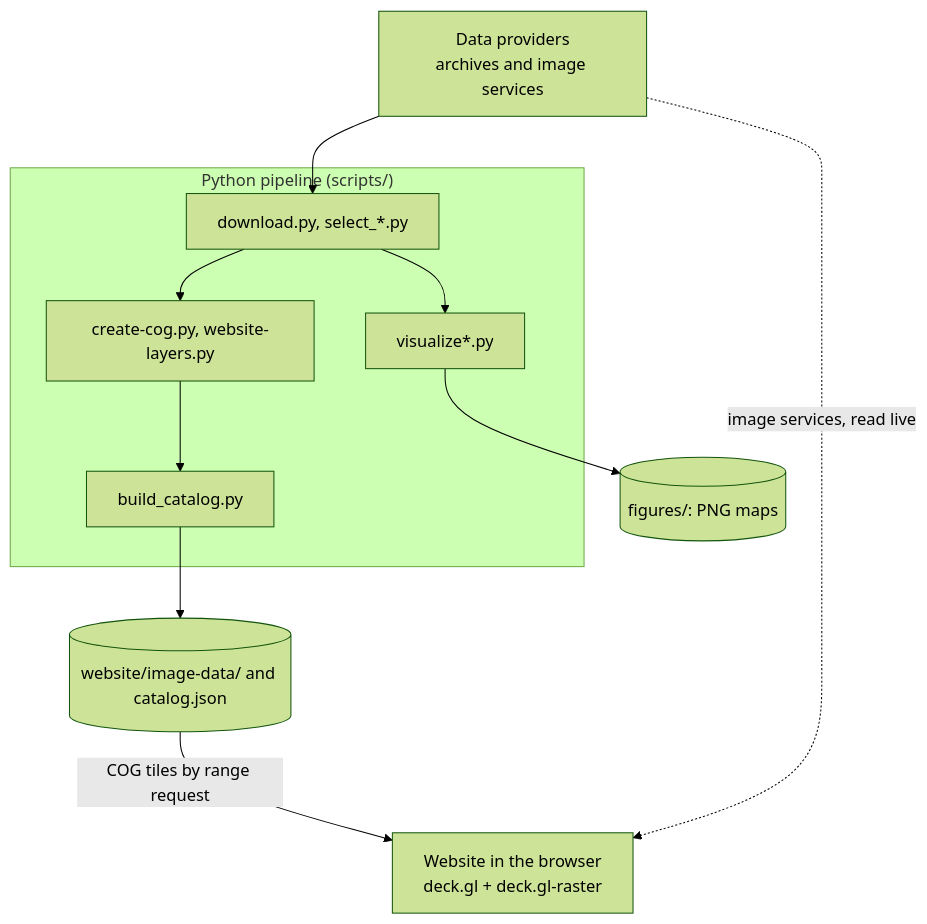
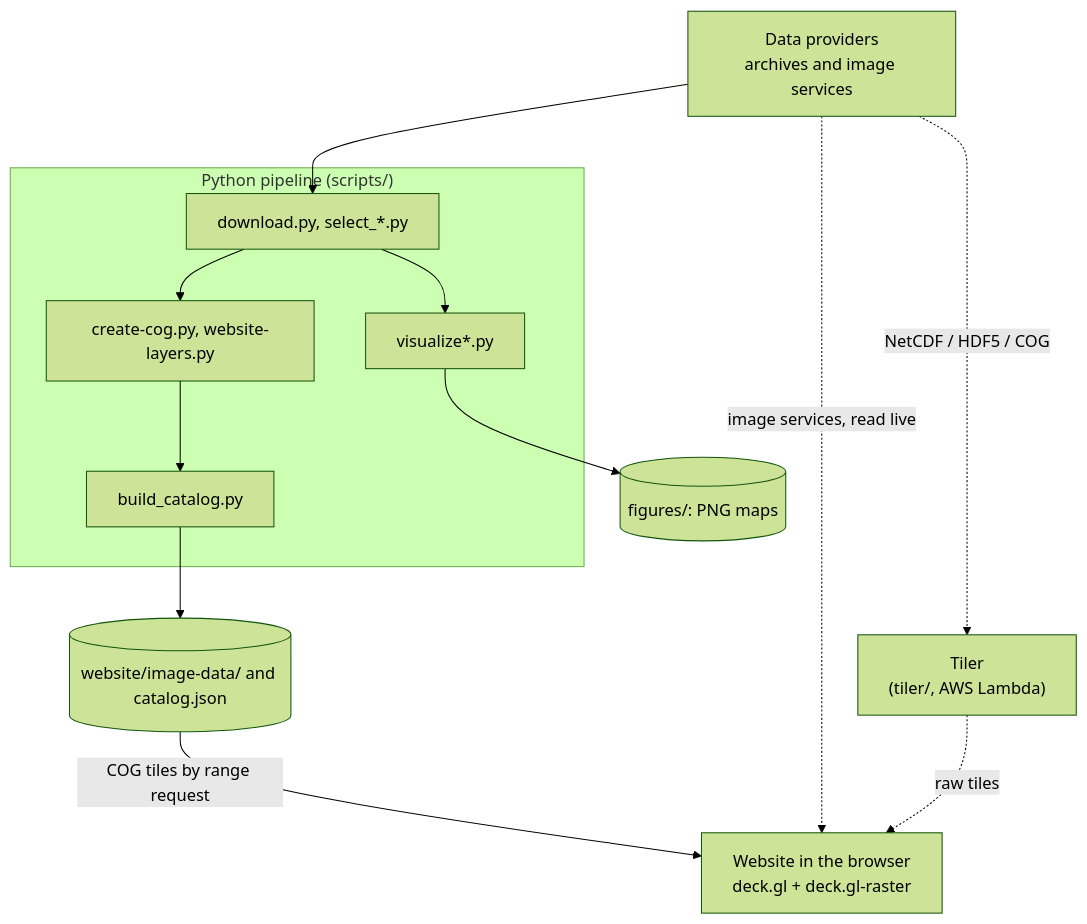
Before and after one commit to YCGS-lab/multi-resolution-new-haven: the diagram in docs/index.md, drawn with Mermaid (forest theme). The commit also changed other lines of this file and 25 other files, not shown here.

First line of the commit message:
Tiler developer docs (docs/tiler/), ported from ycgs-aws-infra#1 and updated

````diff
--- a/docs/index.md
+++ b/docs/index.md
@@ -21,17 +21,19 @@
 ```mermaid
 flowchart TB
   P["Data providers<br/>archives and image services"]
   subgraph py["Python pipeline (scripts/)"]
     D["download.py, select_*.py"] --> V["visualize*.py"]
     D --> C["create-cog.py, website-layers.py"]
     C --> B["build_catalog.py"]
   end
   F[("figures/: PNG maps")]
   W[("website/image-data/ and catalog.json")]
   S["Website in the browser<br/>deck.gl + deck.gl-raster"]
   P --> D
   V --> F
   B --> W
   W -->|"COG tiles by range request"| S
   P -.->|"image services, read live"| S
+  P -.->|"NetCDF / HDF5 / COG"| T["Tiler<br/>(tiler/, AWS Lambda)"]
+  T -.->|"raw tiles"| S
 ```
````
